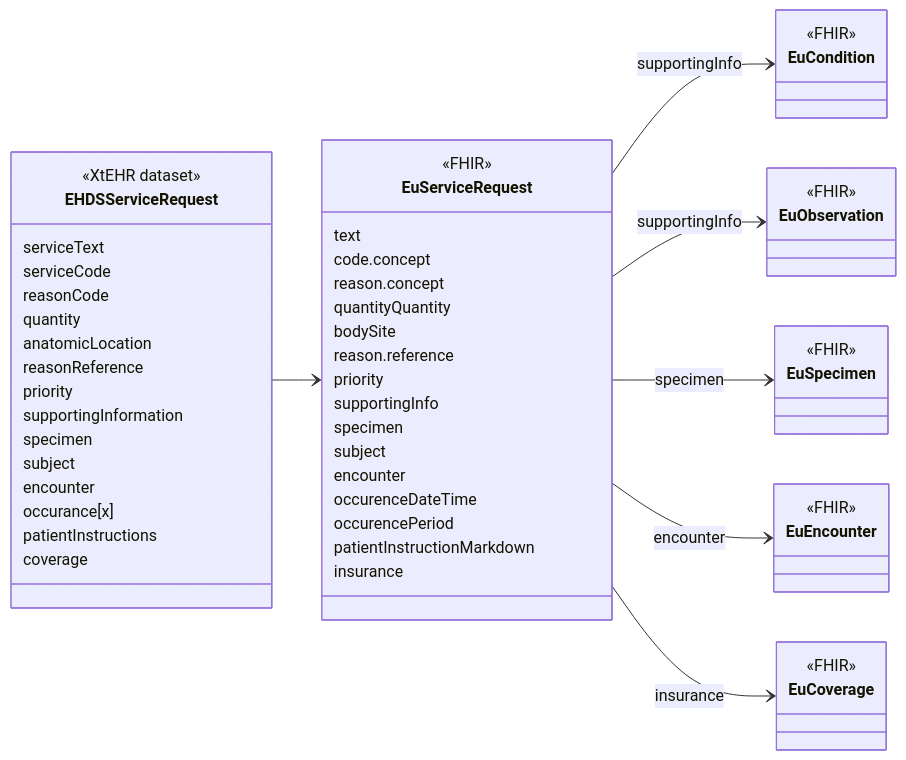
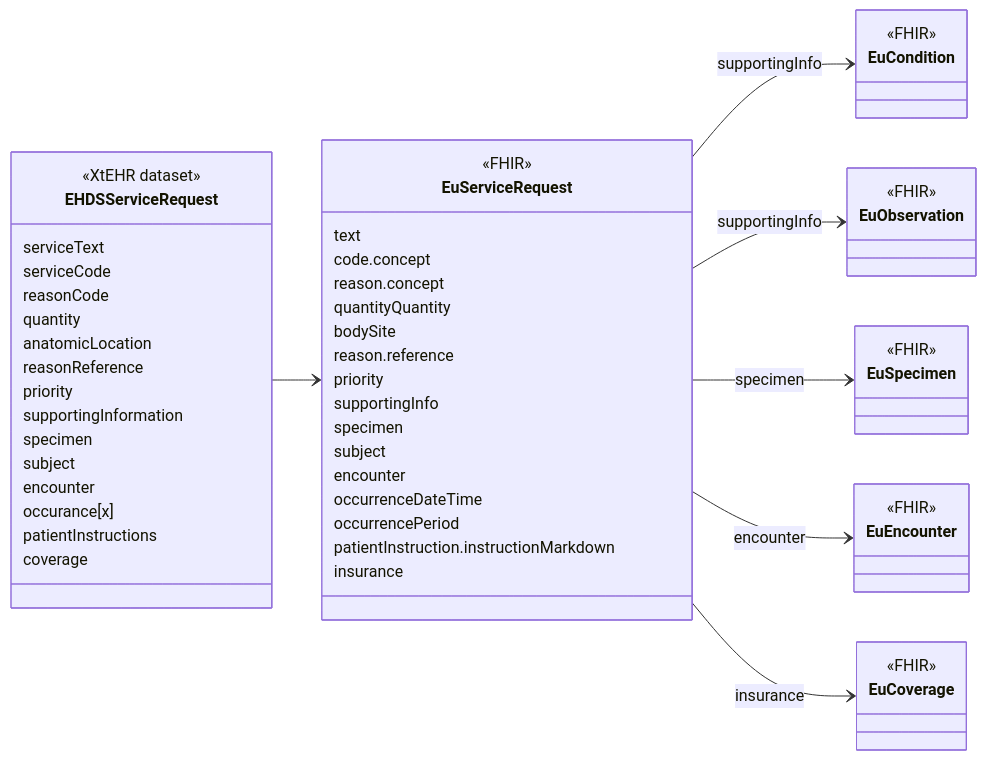
Before and after one commit to oijauregui/ehdsimaging: the diagram in input/intro-notes/ConceptMap-EHDSServiceRequestMap-intro.md, drawn with Mermaid. The commit also changed 23 other files, not shown here.

````diff
--- a/input/intro-notes/ConceptMap-EHDSServiceRequestMap-intro.md
+++ b/input/intro-notes/ConceptMap-EHDSServiceRequestMap-intro.md
@@ -5,62 +5,62 @@
 ```mermaid
 classDiagram
 direction LR
 class EHDSServiceRequest {
   <<XtEHR dataset>>
   serviceText
   serviceCode
   reasonCode
   quantity
   anatomicLocation
   reasonReference
   priority
   supportingInformation
   specimen
   subject
   encounter
   occurance[x]
   patientInstructions
   coverage
 }
 link EHDSServiceRequest "https://build.fhir.org/ig/Xt-EHR/xt-ehr-common/StructureDefinition-EHDSServiceRequest.html"
 class EuServiceRequest{
   <<FHIR>>
   text
   code.concept
   reason.concept
   quantityQuantity
   bodySite
   reason.reference
   priority
   supportingInfo
   specimen
   subject
   encounter
-  occurenceDateTime
-  occurencePeriod
-  patientInstructionMarkdown
+  occurrenceDateTime
+  occurrencePeriod
+  patientInstruction.instructionMarkdown
   insurance
 }
 
 class EuCondition {
   <<FHIR>>
 }
 class  EuObservation {
   <<FHIR>>
 }
 class EuSpecimen {
   <<FHIR>>
 }
 class EuEncounter {
   <<FHIR>>
 }
 class EuCoverage {
   <<FHIR>>
 }
 EHDSServiceRequest --> EuServiceRequest
 EuServiceRequest --> EuCondition : supportingInfo
 EuServiceRequest -->  EuObservation : supportingInfo
 EuServiceRequest --> EuSpecimen : specimen
 EuServiceRequest --> EuEncounter : encounter
 EuServiceRequest --> EuCoverage : insurance
 ```
````
